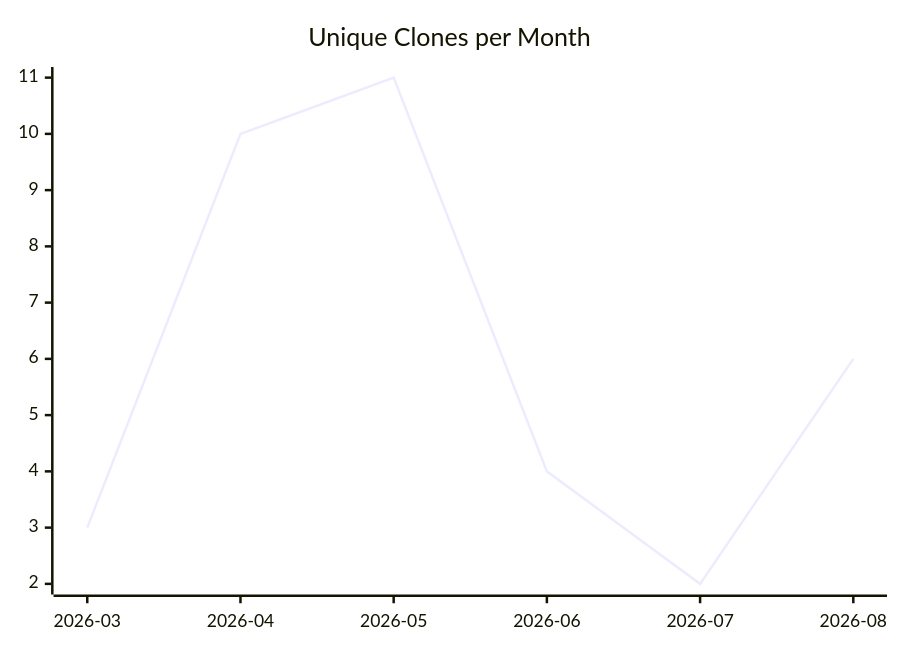
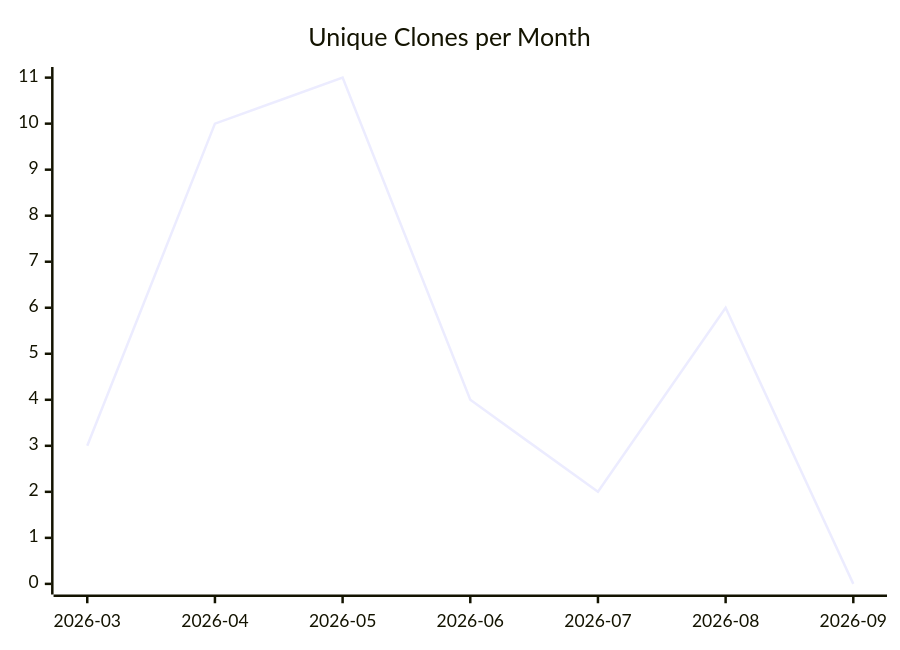
One commit to justdavis-family/github-analytics-data changed the third of 3 diagrams in karlmdavis/bbonfhir-dev-infra-docker/README.md. Above: the diagram before and after it, drawn with Mermaid. The commit also changed other lines of this file and 191 other files, not shown here.

````diff
--- a/karlmdavis/bbonfhir-dev-infra-docker/README.md
+++ b/karlmdavis/bbonfhir-dev-infra-docker/README.md
@@ -19,6 +19,6 @@
 ```mermaid
 xychart-beta
   title "Unique Clones per Month"
-  x-axis ["2026-03", "2026-04", "2026-05", "2026-06", "2026-07", "2026-08"]
-  line [3, 10, 11, 4, 2, 6]
+  x-axis ["2026-03", "2026-04", "2026-05", "2026-06", "2026-07", "2026-08", "2026-09"]
+  line [3, 10, 11, 4, 2, 6, 0]
 ```
````
